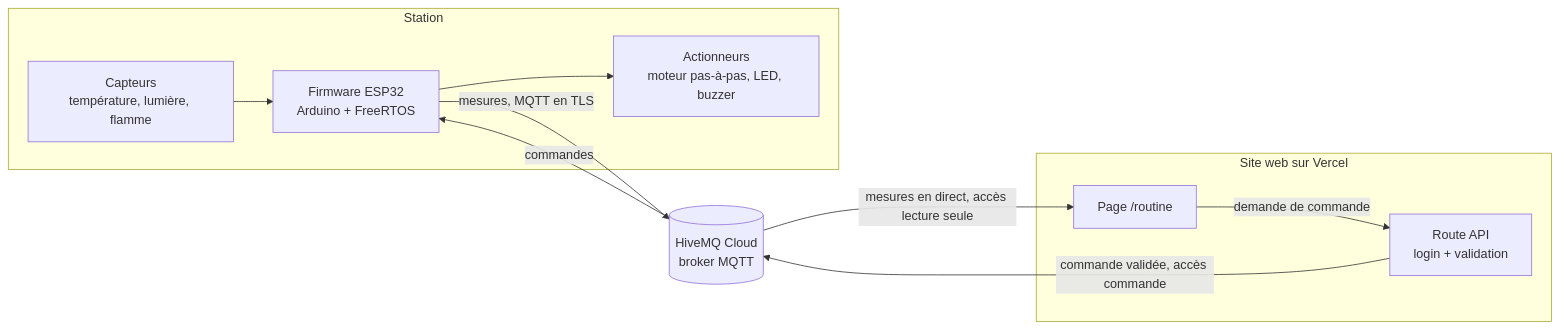
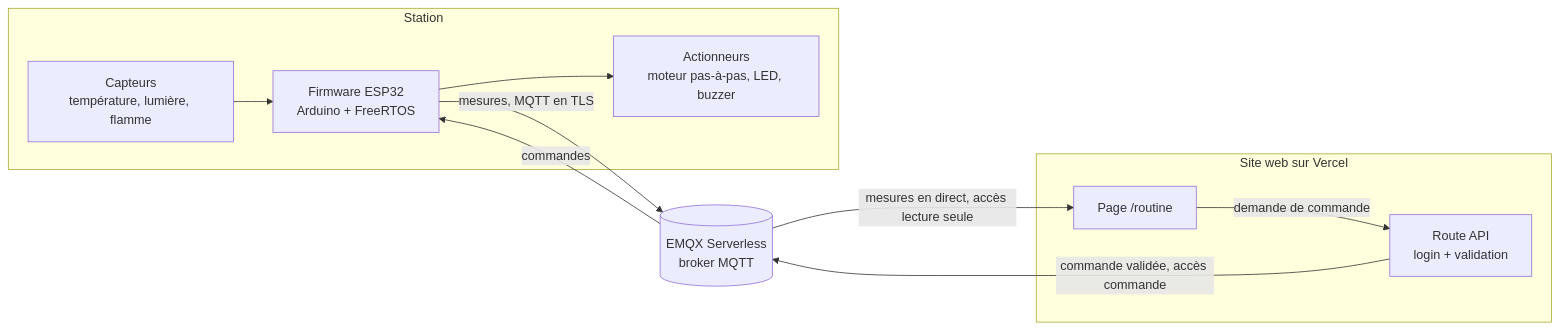
The diagram in README.fr.md (MatthiasGermain/routine-station), drawn with Mermaid before and after one commit. The commit also changed other lines of this file and 2 other files, not shown here.

````diff
--- a/README.fr.md
+++ b/README.fr.md
@@ -22,22 +22,22 @@
 ```mermaid
 flowchart LR
     subgraph station["Station"]
         sensors["Capteurs<br/>température, lumière, flamme"]
         esp["Firmware ESP32<br/>Arduino + FreeRTOS"]
         actuators["Actionneurs<br/>moteur pas-à-pas, LED, buzzer"]
         sensors --> esp --> actuators
     end
 
-    broker[("HiveMQ Cloud<br/>broker MQTT")]
+    broker[("EMQX Serverless<br/>broker MQTT")]
 
     subgraph site["Site web sur Vercel"]
         page["Page /routine"]
         api["Route API<br/>login + validation"]
     end
 
     esp -- "mesures, MQTT en TLS" --> broker
     broker -- "commandes" --> esp
     broker -- "mesures en direct, accès lecture seule" --> page
     page -- "demande de commande" --> api
     api -- "commande validée, accès commande" --> broker
 ```
````
